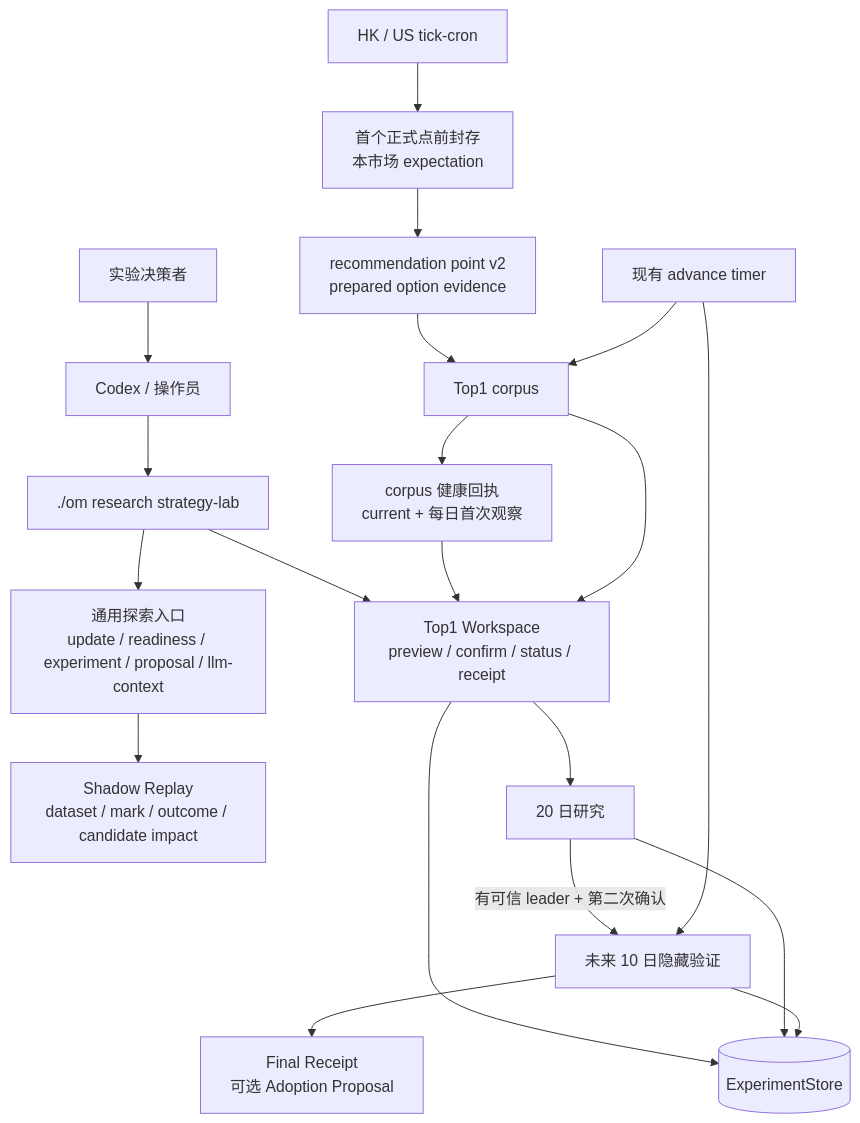
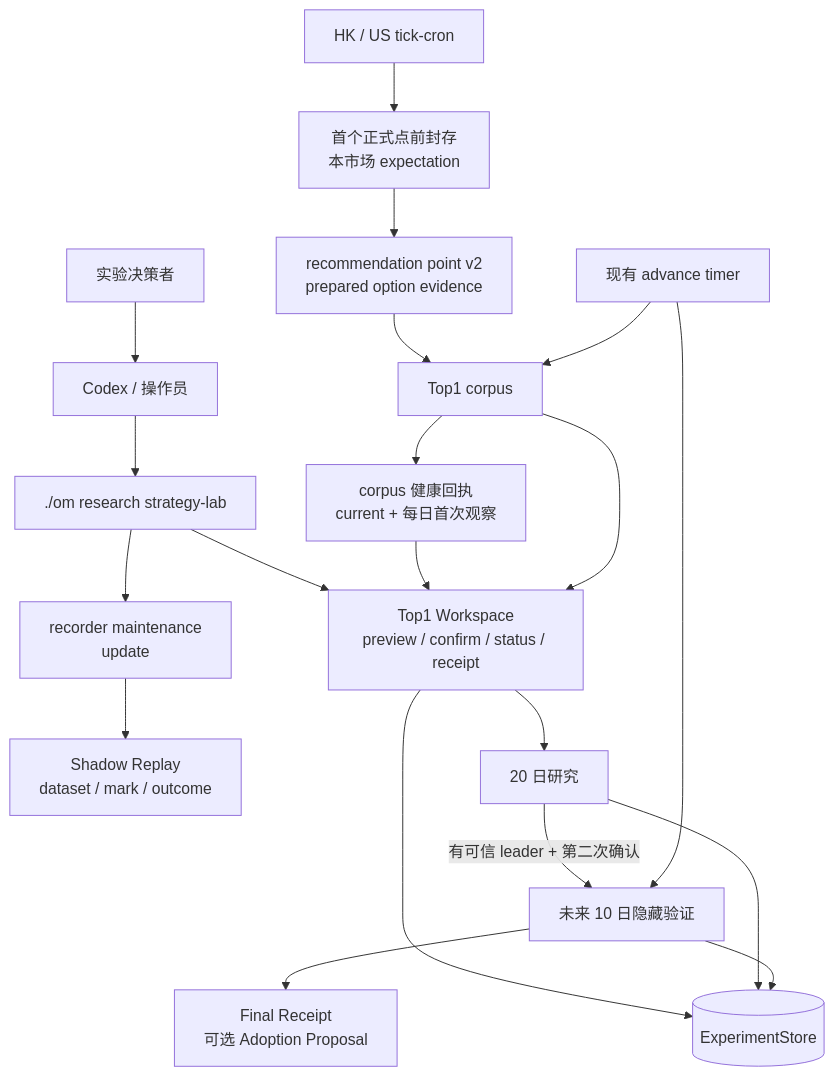
The diagram in docs/STRATEGY_LAB_DESIGN.md (liuxie066/options-monitor), drawn with Mermaid before and after one commit. The commit also changed other lines of this file and 43 other files, not shown here.

````diff
--- a/docs/STRATEGY_LAB_DESIGN.md
+++ b/docs/STRATEGY_LAB_DESIGN.md
@@ -50,25 +53,25 @@
 ```mermaid
 flowchart TB
     U["实验决策者"] --> C["Codex / 操作员"]
     C --> CLI["./om research strategy-lab"]
 
-    CLI --> G["通用探索入口\nupdate / readiness / experiment / proposal / llm-context"]
-    G --> SR["Shadow Replay\ndataset / mark / outcome / candidate impact"]
+    CLI --> G["recorder maintenance\nupdate"]
+    G --> SR["Shadow Replay\ndataset / mark / outcome"]
 
     CLI --> W["Top1 Workspace\npreview / confirm / status / receipt"]
     T["HK / US tick-cron"] --> E["首个正式点前封存\n本市场 expectation"]
     E --> P["recommendation point v2\nprepared option evidence"]
     P --> CP["Top1 corpus"]
     A["现有 advance timer"] --> CP
     CP --> H["corpus 健康回执\ncurrent + 每日首次观察"]
     H --> W
     CP --> W
     W --> R["20 日研究"]
     R -->|"有可信 leader + 第二次确认"| V["未来 10 日隐藏验证"]
     V --> F["Final Receipt\n可选 Adoption Proposal"]
 
     W --> S[("ExperimentStore")]
     R --> S
     V --> S
     A --> V
 ```
````
